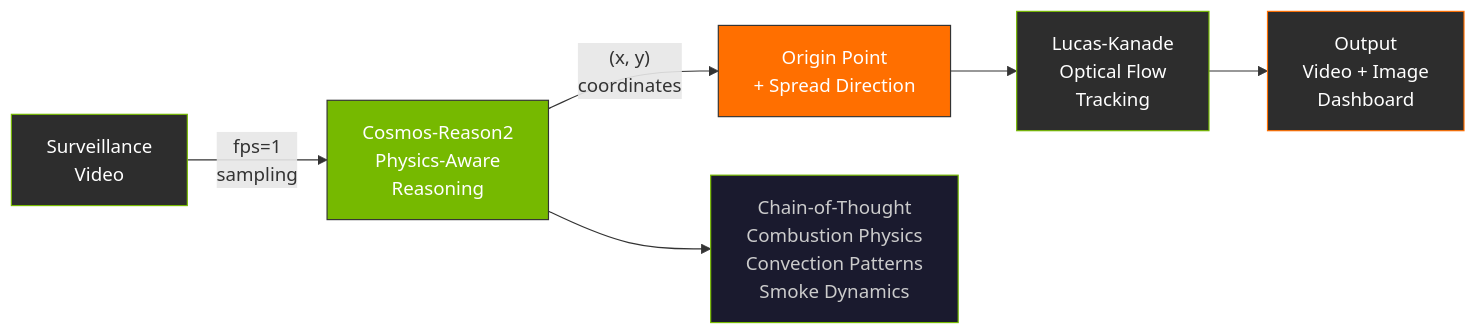
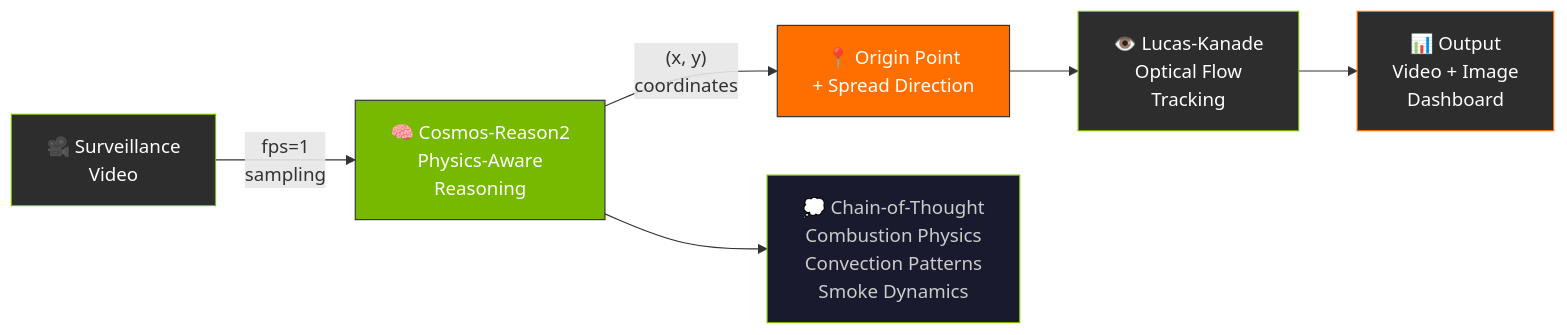
The diagram in README.md (Hann1n/FlashBack), drawn with Mermaid before and after one commit. The commit also changed other lines of this file, not shown here.

````diff
--- a/README.md
+++ b/README.md
@@ -36,15 +36,15 @@
 ```mermaid
 flowchart LR
-    A["Surveillance<br/>Video"] -->|"fps=1<br/>sampling"| B["Cosmos-Reason2<br/>Physics-Aware<br/>Reasoning"]
-    B -->|"(x, y)<br/>coordinates"| C["Origin Point<br/>+ Spread Direction"]
-    B --> D["Chain-of-Thought<br/>Combustion Physics<br/>Convection Patterns<br/>Smoke Dynamics"]
-    C --> E["Lucas-Kanade<br/>Optical Flow<br/>Tracking"]
-    E --> F["Output<br/>Video + Image<br/>Dashboard"]
+    A["🎥 Surveillance<br/>Video"] -->|"fps=1<br/>sampling"| B["🧠 Cosmos-Reason2<br/>Physics-Aware<br/>Reasoning"]
+    B -->|"(x, y)<br/>coordinates"| C["📍 Origin Point<br/>+ Spread Direction"]
+    B --> D["💭 Chain-of-Thought<br/>Combustion Physics<br/>Convection Patterns<br/>Smoke Dynamics"]
+    C --> E["👁️ Lucas-Kanade<br/>Optical Flow<br/>Tracking"]
+    E --> F["📊 Output<br/>Video + Image<br/>Dashboard"]
 
     style A fill:#2d2d2d,stroke:#76B900,color:#fff
     style B fill:#76B900,stroke:#333,color:#fff
     style C fill:#FF6F00,stroke:#333,color:#fff
     style D fill:#1a1a2e,stroke:#76B900,color:#ccc
     style E fill:#2d2d2d,stroke:#76B900,color:#fff
     style F fill:#2d2d2d,stroke:#FF6F00,color:#fff
 ```
````
